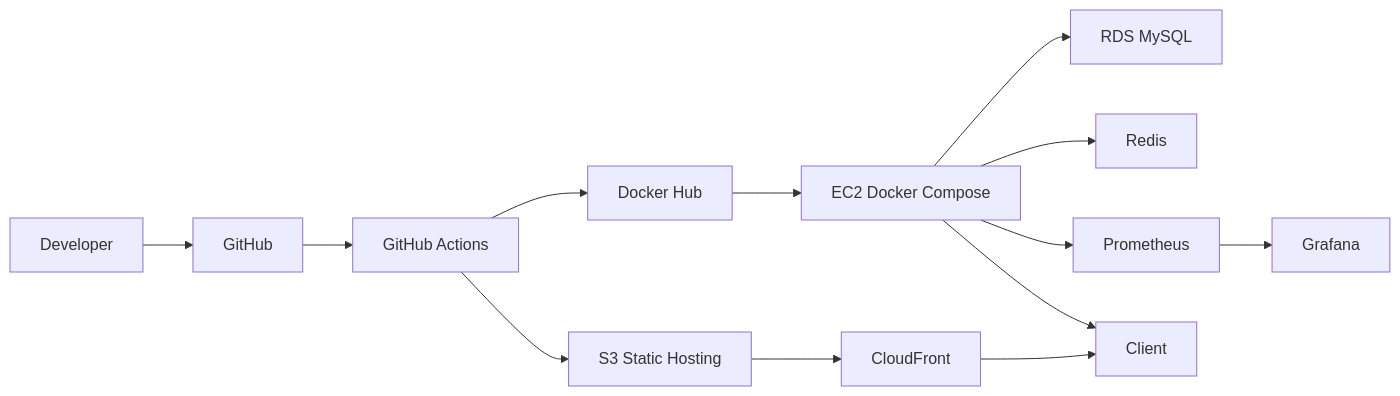
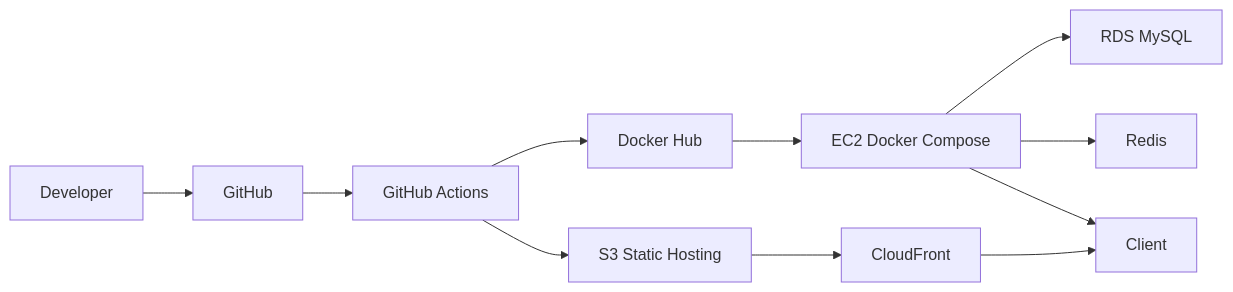
The diagram in docs/Deployment & Infrastructure Design.md (xxh3898/cubing-hub), drawn with Mermaid before and after one commit. The commit also changed other lines of this file and 5 other files, not shown here.

````diff
--- a/docs/Deployment & Infrastructure Design.md
+++ b/docs/Deployment & Infrastructure Design.md
@@ -181,15 +221,13 @@
 ```mermaid
 flowchart LR
     Dev[Developer] --> GH[GitHub]
     GH --> GA[GitHub Actions]
     GA --> DH[Docker Hub]
     GA --> S3[S3 Static Hosting]
     DH --> EC2[EC2 Docker Compose]
     EC2 --> RDS[RDS MySQL]
     EC2 --> Redis[Redis]
-    EC2 --> Prom[Prometheus]
-    Prom --> Graf[Grafana]
     S3 --> CF[CloudFront]
     CF --> User[Client]
     EC2 --> User
 ```
````
